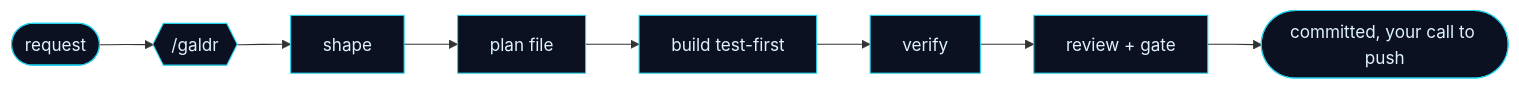
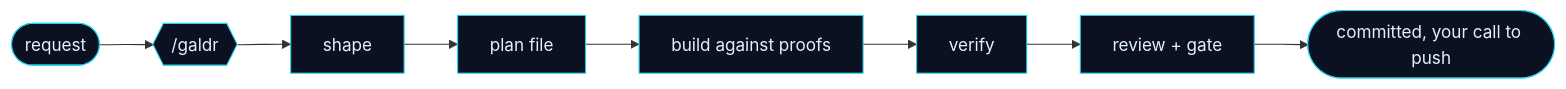
Before and after one commit to nyelonong/galdr: the diagram in README.md, drawn with Mermaid. The commit also changed other lines of this file and 7 other files, not shown here.

````diff
--- a/README.md
+++ b/README.md
@@ -50,6 +50,6 @@
 ```mermaid
 flowchart LR
-    A([request]) --> G{{/galdr}} --> S[shape] --> P[plan file] --> B[build test-first] --> V[verify] --> R[review + gate] --> Z([committed, your call to push])
+    A([request]) --> G{{/galdr}} --> S[shape] --> P[plan file] --> B[build against proofs] --> V[verify] --> R[review + gate] --> Z([committed, your call to push])
     classDef flow fill:#0b1120,stroke:#22d3ee,stroke-width:1px,color:#e0f2fe;
     class A,G,S,P,B,V,R,Z flow;
 ```
````
